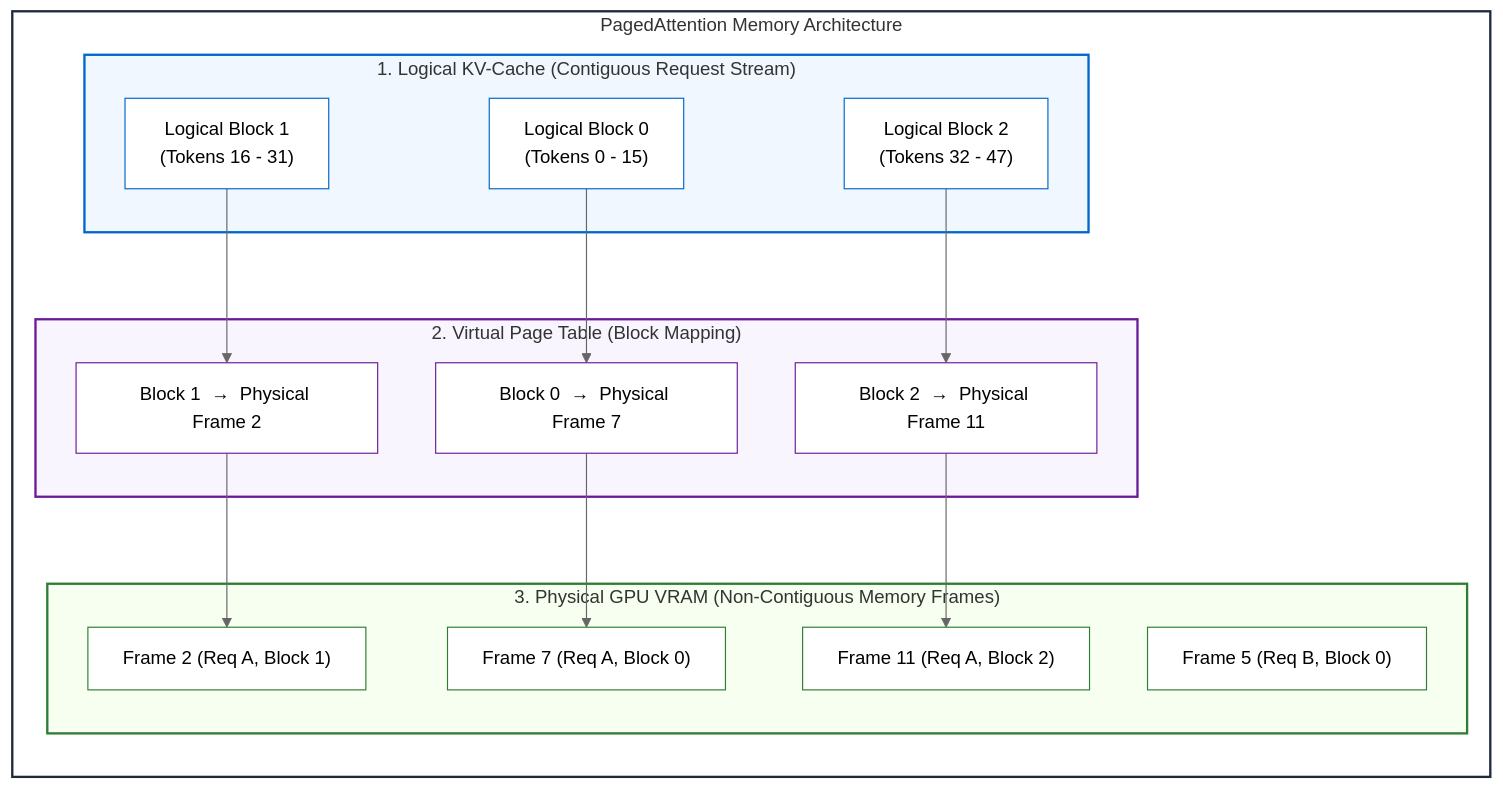
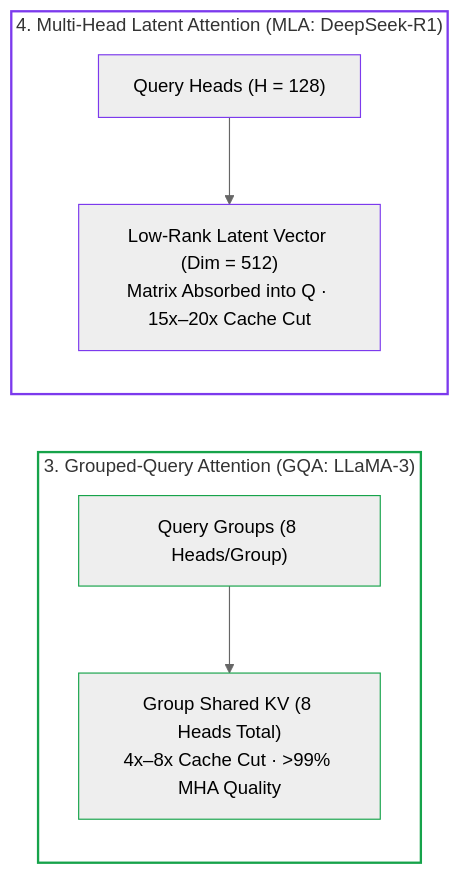
Before and after one commit to dip4k/senior-engineer-to-ai-engineer-roadmap: the third of 4 diagrams in 00-foundations-and-token-mechanics/03-kv-cache-vram-and-bandwidth-physics.md, drawn with Mermaid (neutral theme). The commit also changed other lines of this file and 15 other files, not shown here.

First line of the commit message:
feat(curriculum): theme-adaptive diagrams, low-node modular flows, and Phase 00 beginner-style refactor

````diff
--- a/00-foundations-and-token-mechanics/03-kv-cache-vram-and-bandwidth-physics.md
+++ b/00-foundations-and-token-mechanics/03-kv-cache-vram-and-bandwidth-physics.md
@@ -260,49 +182,17 @@
 ```mermaid
-flowchart TD
-    subgraph PAGED["PagedAttention Memory Architecture"]
-        direction TB
-
-        subgraph LOGICAL["1. Logical KV-Cache (Contiguous Request Stream)"]
-            L0["Logical Block 0<br>(Tokens 0 - 15)"]
-            L1["Logical Block 1<br>(Tokens 16 - 31)"]
-            L2["Logical Block 2<br>(Tokens 32 - 47)"]
-        end
-
-        subgraph PAGETABLE["2. Virtual Page Table (Block Mapping)"]
-            T0["Block 0  →  Physical Frame 7"]
-            T1["Block 1  →  Physical Frame 2"]
-            T2["Block 2  →  Physical Frame 11"]
-        end
-
-        subgraph PHYSICAL["3. Physical GPU VRAM (Non-Contiguous Memory Frames)"]
-            P2["Frame 2 (Req A, Block 1)"]
-            P5["Frame 5 (Req B, Block 0)"]
-            P7["Frame 7 (Req A, Block 0)"]
-            P11["Frame 11 (Req A, Block 2)"]
-        end
-
-        L0 --> T0
-        L1 --> T1
-        L2 --> T2
-
-        T0 --> P7
-        T1 --> P2
-        T2 --> P11
+flowchart LR
+    subgraph GQA["3. Grouped-Query Attention (GQA: LLaMA-3)"]
+        GQA_Q["Query Groups (8 Heads/Group)"] --> GQA_KV["Group Shared KV (8 Heads Total)<br>4x–8x Cache Cut · >99% MHA Quality"]
     end
 
-    style PAGED fill:#ffffff,stroke:#1e293b,stroke-width:2px
-    style LOGICAL fill:#f0f7ff,stroke:#0066cc,stroke-width:2px
-    style PAGETABLE fill:#f8f5ff,stroke:#6a1b9a,stroke-width:2px
-    style PHYSICAL fill:#f6fff0,stroke:#2e7d32,stroke-width:2px
+    subgraph MLA["4. Multi-Head Latent Attention (MLA: DeepSeek-R1)"]
+        MLA_Q["Query Heads (H = 128)"] --> MLA_LAT["Low-Rank Latent Vector (Dim = 512)<br>Matrix Absorbed into Q · 15x–20x Cache Cut"]
+    end
 
-    style L0 fill:#ffffff,stroke:#0066cc,stroke-width:1px
-    style L1 fill:#ffffff,stroke:#0066cc,stroke-width:1px
-    style L2 fill:#ffffff,stroke:#0066cc,stroke-width:1px
-    style T0 fill:#ffffff,stroke:#6a1b9a,stroke-width:1px
-    style T1 fill:#ffffff,stroke:#6a1b9a,stroke-width:1px
-    style T2 fill:#ffffff,stroke:#6a1b9a,stroke-width:1px
-    style P2 fill:#ffffff,stroke:#2e7d32,stroke-width:1px
-    style P5 fill:#ffffff,stroke:#2e7d32,stroke-width:1px
-    style P7 fill:#ffffff,stroke:#2e7d32,stroke-width:1px
-    style P11 fill:#ffffff,stroke:#2e7d32,stroke-width:1px
+    style GQA fill:none,stroke:#16a34a,stroke-width:2px
+    style MLA fill:none,stroke:#7c3aed,stroke-width:2px
+    style GQA_Q stroke:#16a34a,stroke-width:1px
+    style GQA_KV stroke:#16a34a,stroke-width:1px
+    style MLA_Q stroke:#7c3aed,stroke-width:1px
+    style MLA_LAT stroke:#7c3aed,stroke-width:1px
 ```
````
